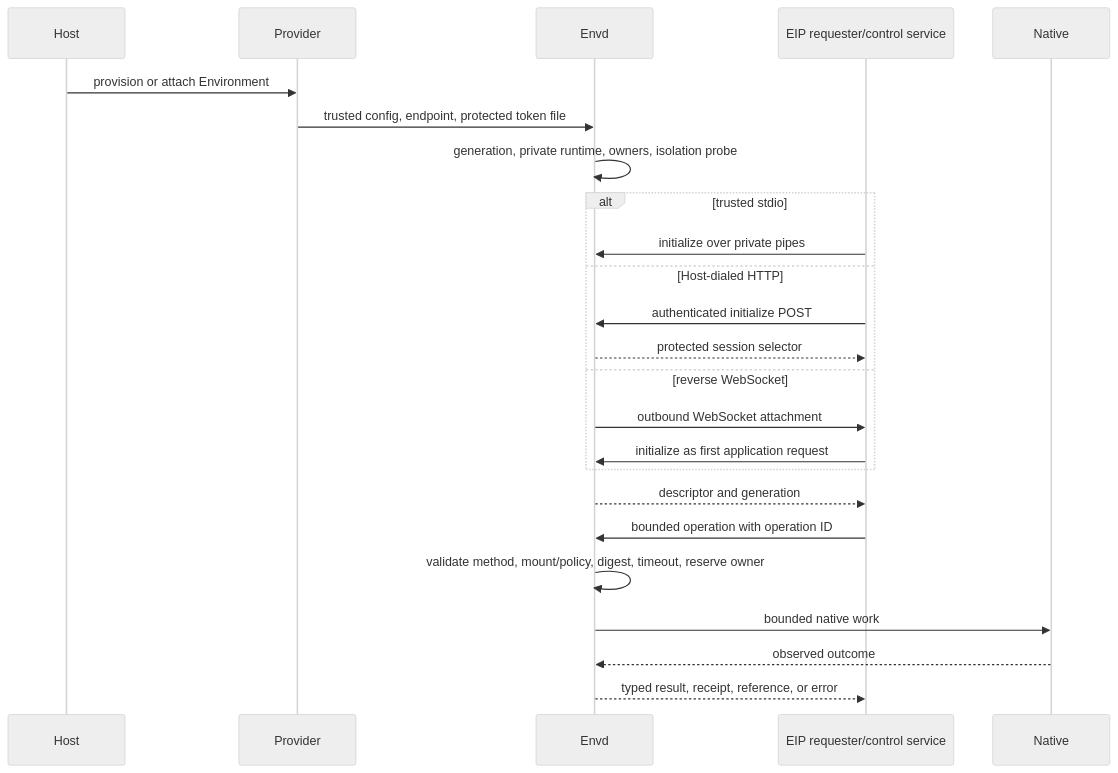
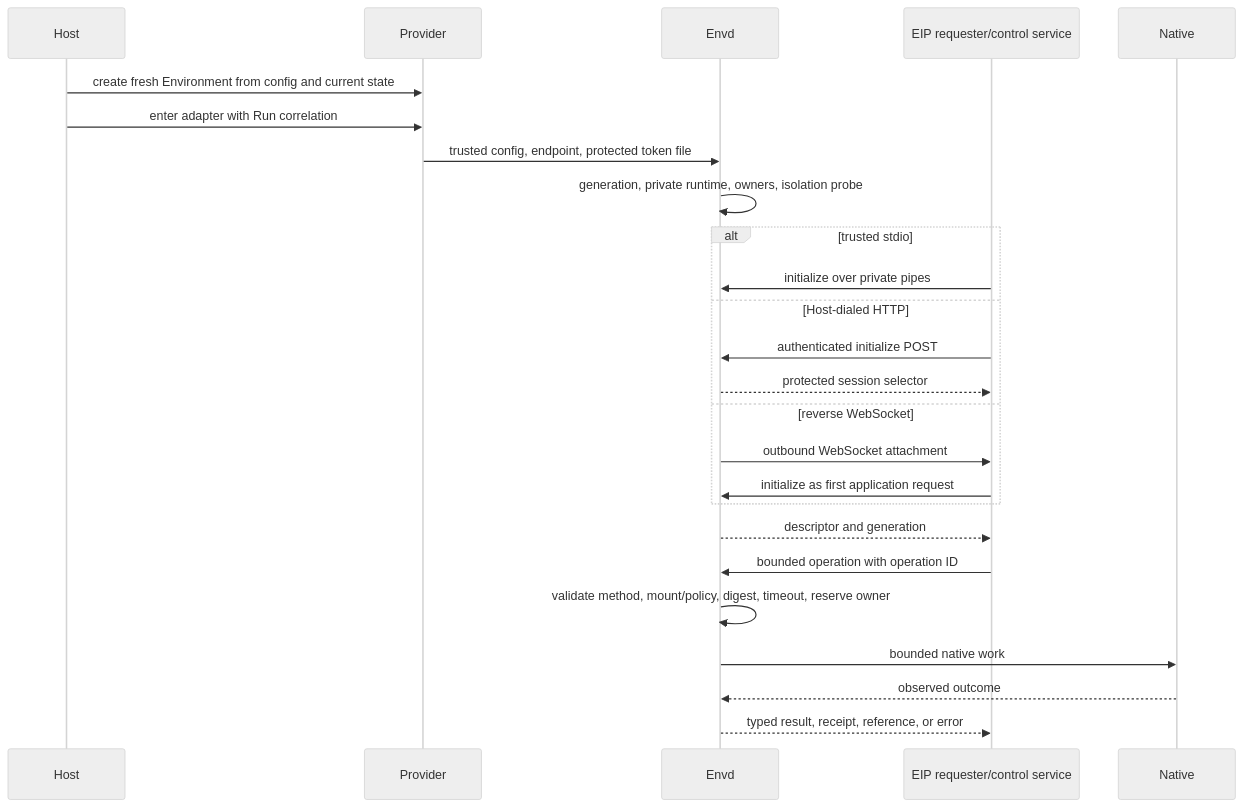
The second of 2 diagrams in spec/agent-envd/00-overview.md (LTThreeComma/agent-foundation), drawn with Mermaid (neutral theme) before and after one commit. The commit also changed other lines of this file and 188 other files, not shown here.

First line of the commit message:
feat(harness): rework environment and host ownership (#82)

````diff
--- a/spec/agent-envd/00-overview.md
+++ b/spec/agent-envd/00-overview.md
@@ -130,27 +130,28 @@
 ```mermaid
 sequenceDiagram
     participant Host
     participant Provider
     participant Envd
     participant Control as EIP requester/control service
     participant Native
 
-    Host->>Provider: provision or attach Environment
+    Host->>Provider: create fresh Environment from config and current state
+    Host->>Provider: enter adapter with Run correlation
     Provider->>Envd: trusted config, endpoint, protected token file
     Envd->>Envd: generation, private runtime, owners, isolation probe
     alt trusted stdio
         Control->>Envd: initialize over private pipes
     else Host-dialed HTTP
         Control->>Envd: authenticated initialize POST
         Envd-->>Control: protected session selector
     else reverse WebSocket
         Envd->>Control: outbound WebSocket attachment
         Control->>Envd: initialize as first application request
     end
     Envd-->>Control: descriptor and generation
     Control->>Envd: bounded operation with operation ID
     Envd->>Envd: validate method, mount/policy, digest, timeout, reserve owner
     Envd->>Native: bounded native work
     Native-->>Envd: observed outcome
     Envd-->>Control: typed result, receipt, reference, or error
 ```
````
